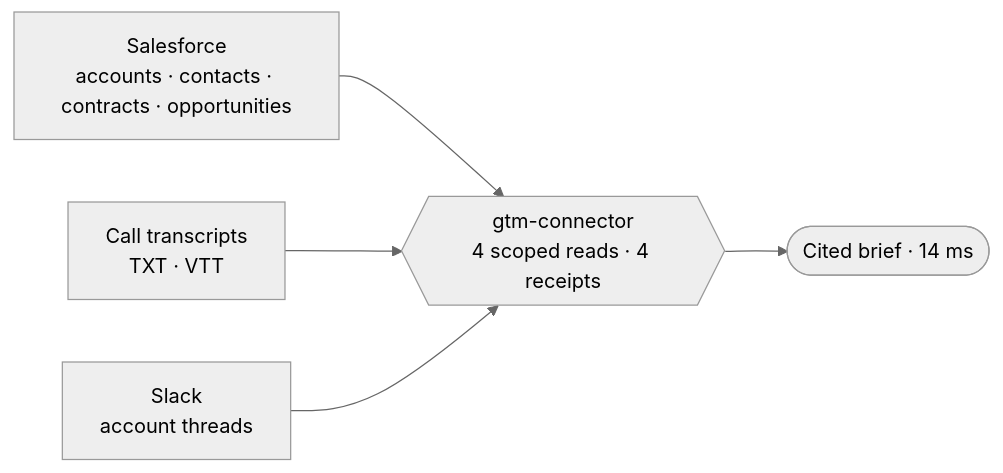
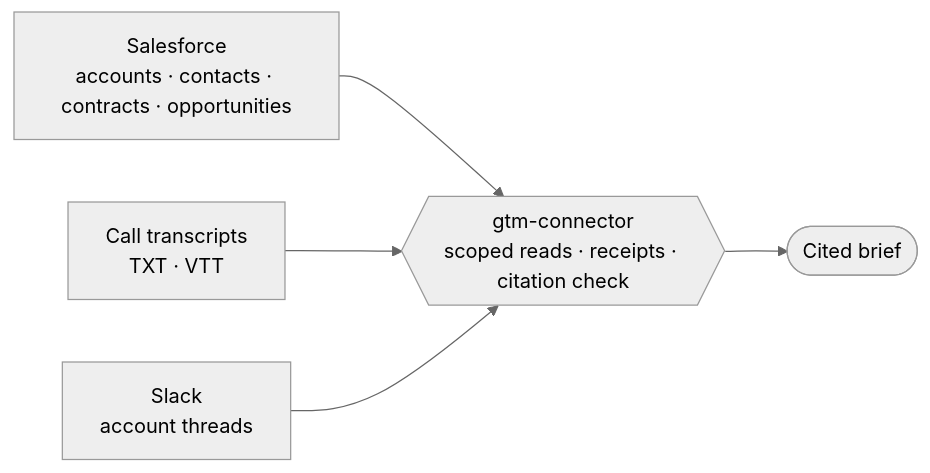
One commit to pwngh/gtm-connector changed the diagram in README.md. Above: the diagram before and after it, drawn with Mermaid (neutral theme). The commit also changed other lines of this file and 2 other files, not shown here.

````diff
--- a/README.md
+++ b/README.md
@@ -11,7 +21,7 @@
 ```mermaid
 flowchart LR
     CRM["Salesforce<br/>accounts · contacts · contracts · opportunities"] --> G
     CALLS["Call transcripts<br/>TXT · VTT"] --> G
     SLACK["Slack<br/>account threads"] --> G
-    G{{"gtm-connector<br/>4 scoped reads · 4 receipts"}} --> B(["Cited brief · 14 ms"])
+    G{{"gtm-connector<br/>scoped reads · receipts · citation check"}} --> B(["Cited brief"])
 ```
````
